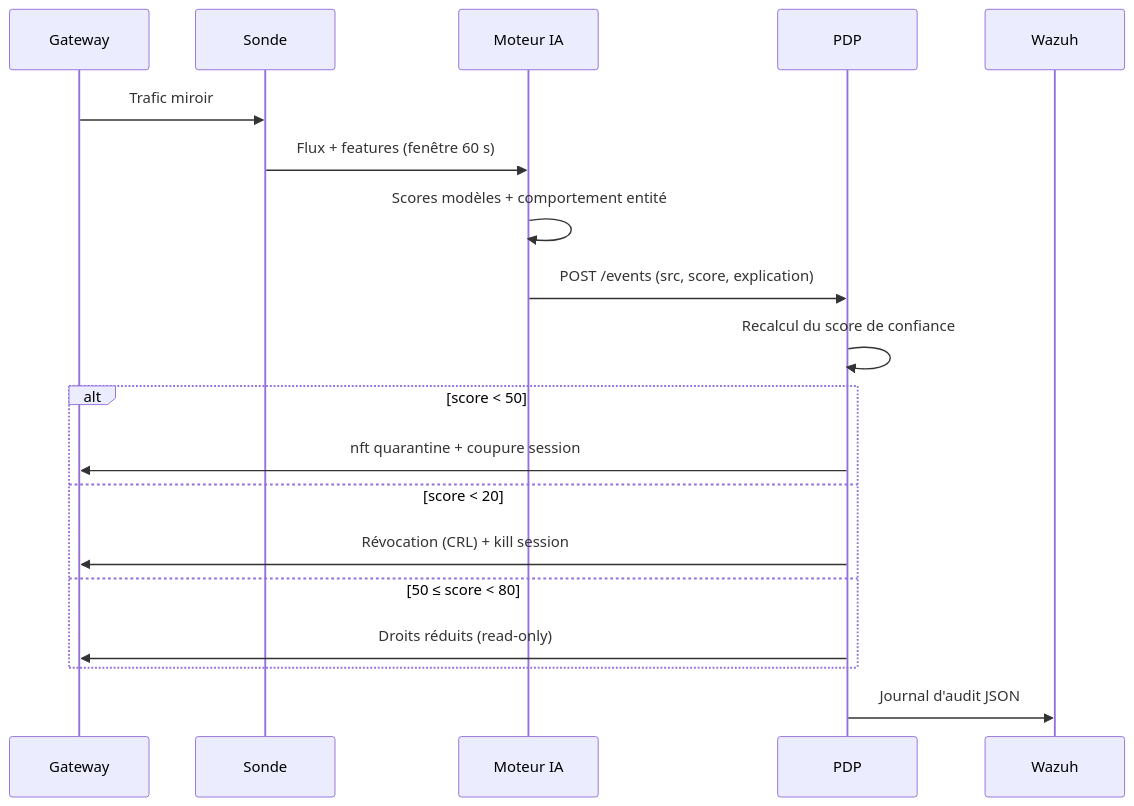
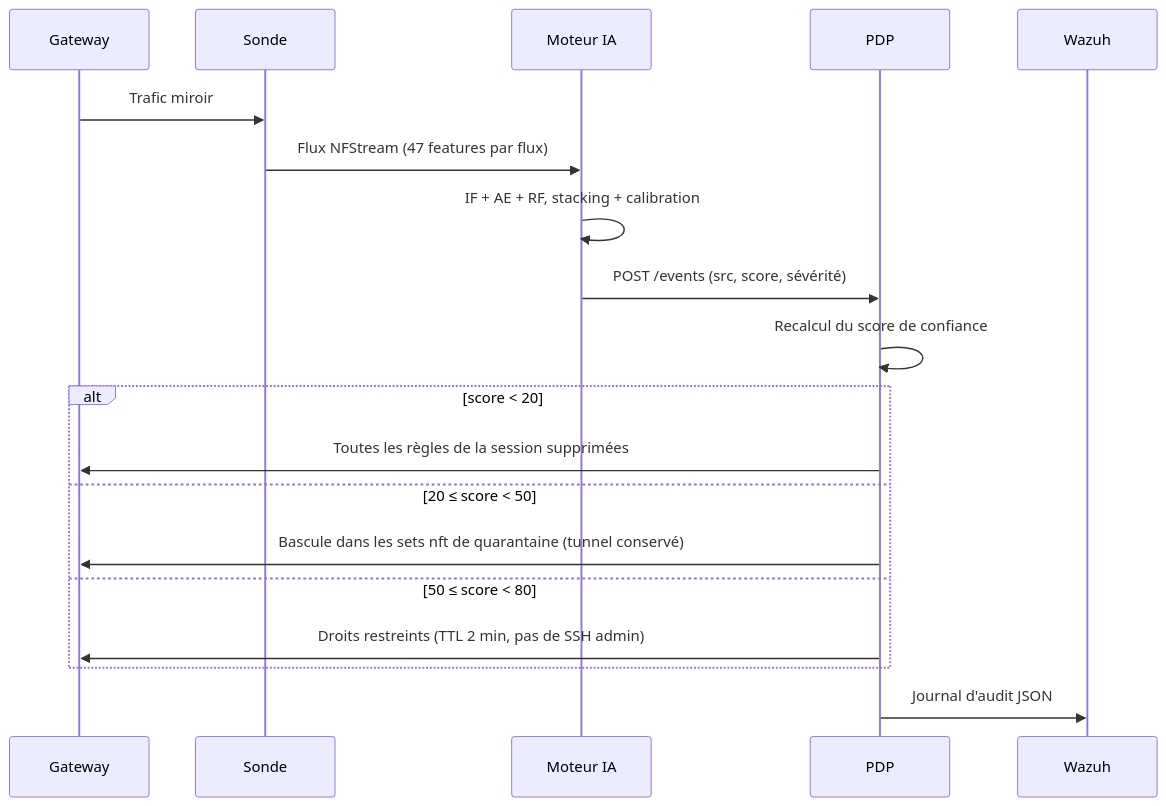
The fourth of 4 diagrams in docs/02-architecture.md (Ahmed1-Rebai/ZT-PKI-AI), drawn with Mermaid before and after one commit. The commit also changed other lines of this file and 105 other files, not shown here.

````diff
--- a/docs/02-architecture.md
+++ b/docs/02-architecture.md
@@ -110,21 +107,21 @@
 ```mermaid
 sequenceDiagram
   participant GW as Gateway
   participant S as Sonde
   participant AI as Moteur IA
   participant PDP as PDP
   participant SIEM as Wazuh
   GW->>S: Trafic miroir
-  S->>AI: Flux + features (fenêtre 60 s)
-  AI->>AI: Scores modèles + comportement entité
-  AI->>PDP: POST /events (src, score, explication)
+  S->>AI: Flux NFStream (47 features par flux)
+  AI->>AI: IF + AE + RF, stacking + calibration
+  AI->>PDP: POST /events (src, score, sévérité)
   PDP->>PDP: Recalcul du score de confiance
-  alt score < 50
-    PDP->>GW: nft quarantine + coupure session
-  else score < 20
-    PDP->>GW: Révocation (CRL) + kill session
+  alt score < 20
+    PDP->>GW: Toutes les règles de la session supprimées
+  else 20 ≤ score < 50
+    PDP->>GW: Bascule dans les sets nft de quarantaine (tunnel conservé)
   else 50 ≤ score < 80
-    PDP->>GW: Droits réduits (read-only)
+    PDP->>GW: Droits restreints (TTL 2 min, pas de SSH admin)
   end
   PDP->>SIEM: Journal d'audit JSON
 ```
````
